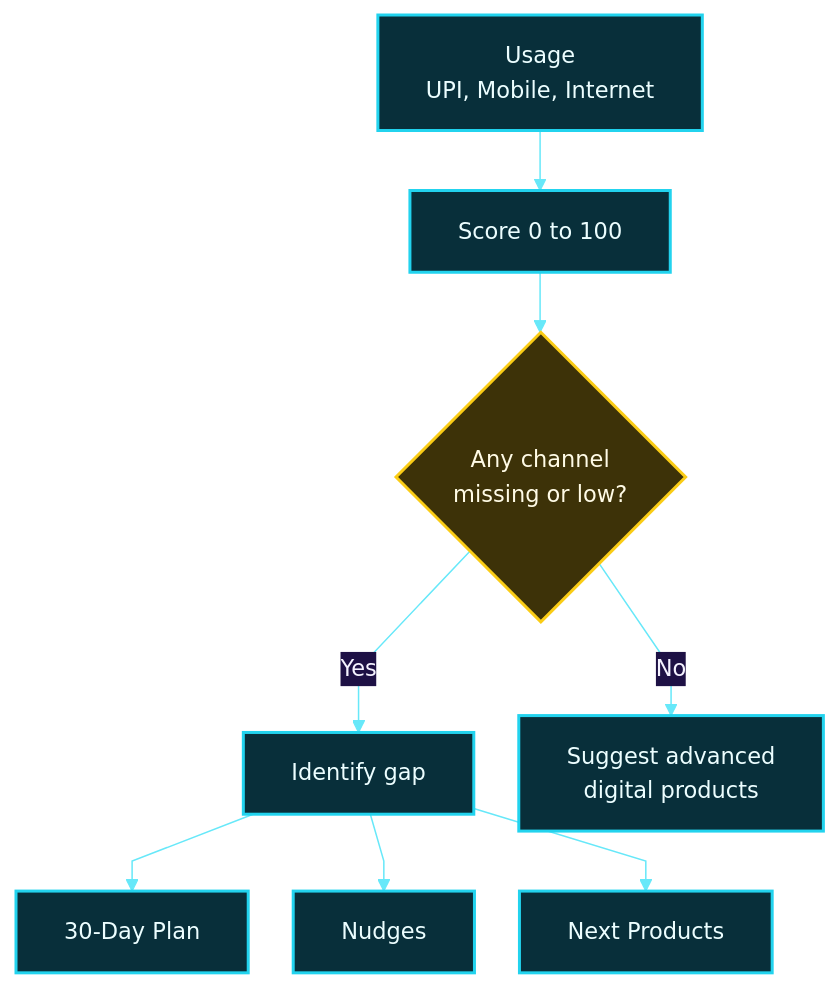
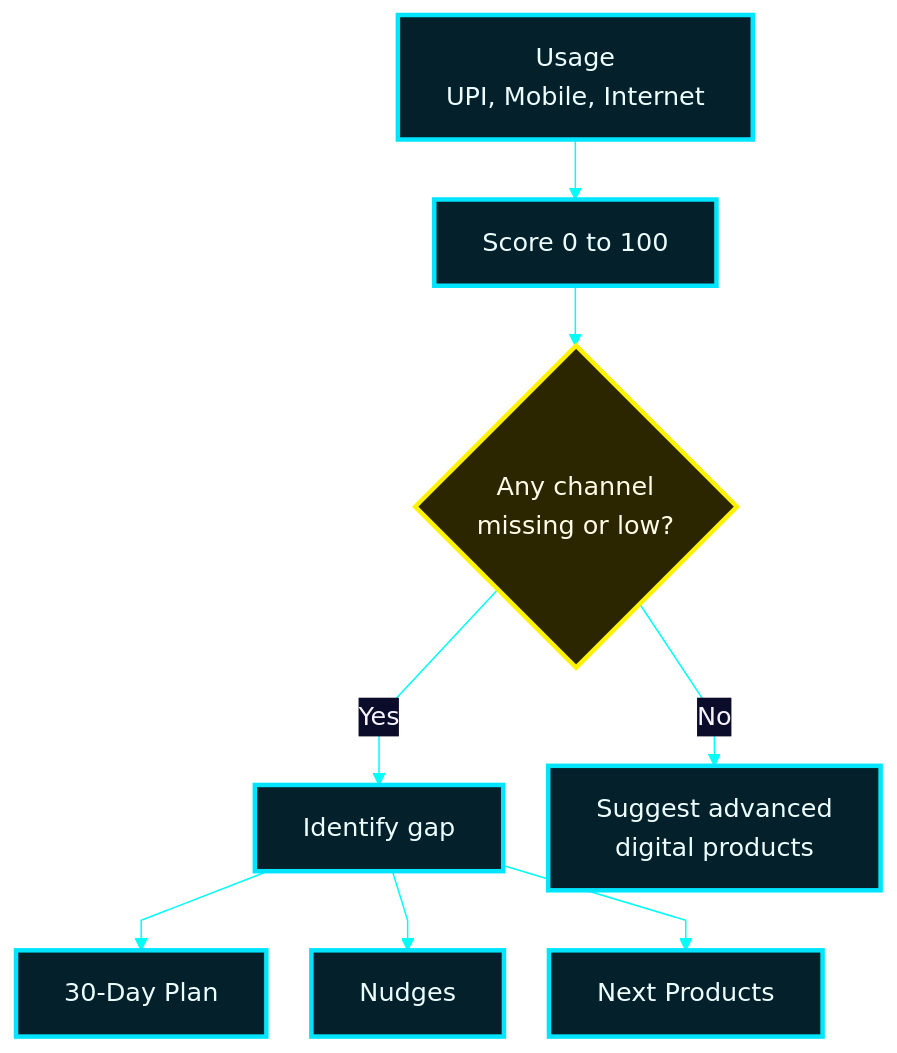
Before and after one commit to Mansi232323/MANSHORA: diagram 12 of 17 in README.md, drawn with Mermaid. The commit also changed other lines of this file, not shown here.

````diff
--- a/README.md
+++ b/README.md
@@ -431,15 +480,15 @@
 ```mermaid
-%%{init: {'theme':'base','themeVariables':{'fontSize':'15px','fontFamily':'Arial, Helvetica, sans-serif','primaryColor':'#1e1145','primaryTextColor':'#f5f3ff','primaryBorderColor':'#a78bfa','lineColor':'#67e8f9','textColor':'#f5f3ff','edgeLabelBackground':'#1e1145'},'flowchart':{'htmlLabels':true,'nodeSpacing':30,'rankSpacing':40,'padding':16,'curve':'linear'}}}%%
+%%{init: {'theme':'base','themeVariables':{'fontSize':'17px','fontFamily':'Arial, Helvetica, sans-serif','primaryColor':'#0b0b2a','primaryTextColor':'#f5f3ff','primaryBorderColor':'#b026ff','lineColor':'#00fff7','textColor':'#f5f3ff','edgeLabelBackground':'#0b0b2a'},'flowchart':{'htmlLabels':true,'nodeSpacing':30,'rankSpacing':40,'padding':16,'curve':'linear'}}}%%
 flowchart TD
     U["Usage<br/>UPI, Mobile, Internet"] --> SC["Score 0 to 100"]
     SC --> D{"Any channel<br/>missing or low?"}
     D -- "Yes" --> GP["Identify gap"]
     D -- "No" --> NX["Suggest advanced<br/>digital products"]
     GP --> P["30-Day Plan"]
     GP --> N["Nudges"]
     GP --> X["Next Products"]
-    classDef a fill:#082f3a,stroke:#22d3ee,stroke-width:2px,color:#ecfeff
-    classDef d fill:#3d3208,stroke:#facc15,stroke-width:2px,color:#fffbe6
+    classDef a fill:#04202a,stroke:#00e5ff,stroke-width:3px,color:#ecfeff
+    classDef d fill:#2b2600,stroke:#fff200,stroke-width:3px,color:#fffbe6
     class U,SC,GP,NX,P,N,X a
     class D d
 ```
````
